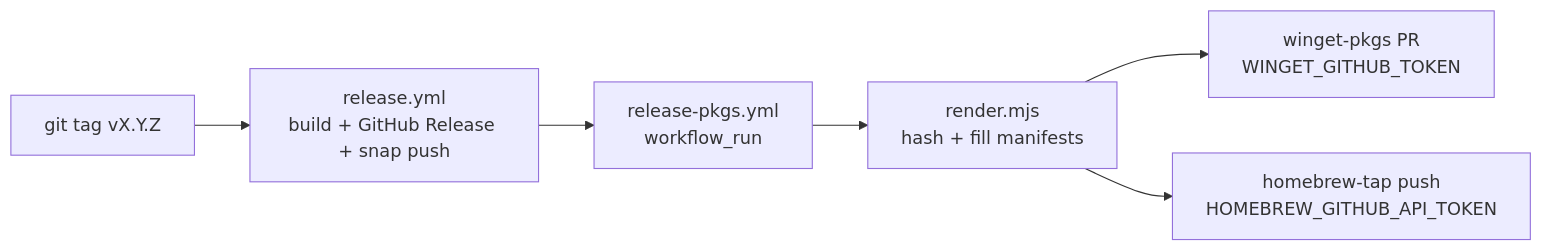
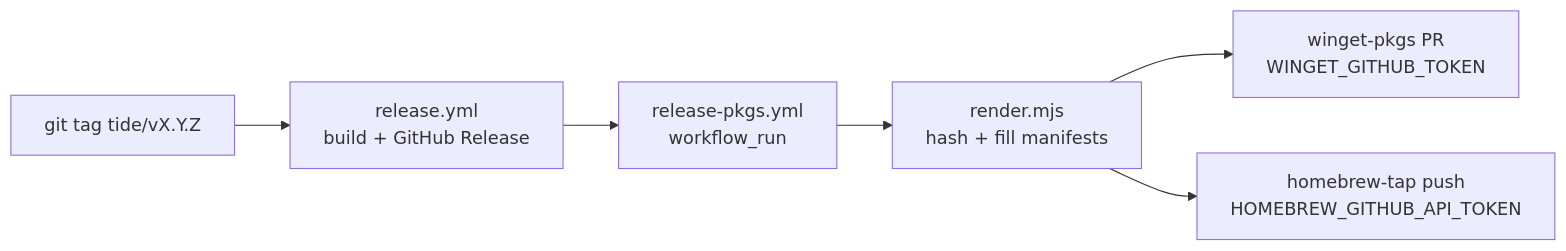
One commit to code-with-current/tide changed the diagram in packaging/README.md. Above: the diagram before and after it, drawn with Mermaid. The commit also changed other lines of this file and 5 other files, not shown here.

````diff
--- a/packaging/README.md
+++ b/packaging/README.md
@@ -64,8 +69,8 @@
 ```mermaid
 flowchart LR
-  Tag["git tag vX.Y.Z"] --> Rel["release.yml<br/>build + GitHub Release + snap push"]
+  Tag["git tag tide/vX.Y.Z"] --> Rel["release.yml<br/>build + GitHub Release"]
   Rel --> Run["release-pkgs.yml<br/>workflow_run"]
   Run --> Rnd["render.mjs<br/>hash + fill manifests"]
   Rnd --> W["winget-pkgs PR<br/>WINGET_GITHUB_TOKEN"]
   Rnd --> B["homebrew-tap push<br/>HOMEBREW_GITHUB_API_TOKEN"]
 ```
````
